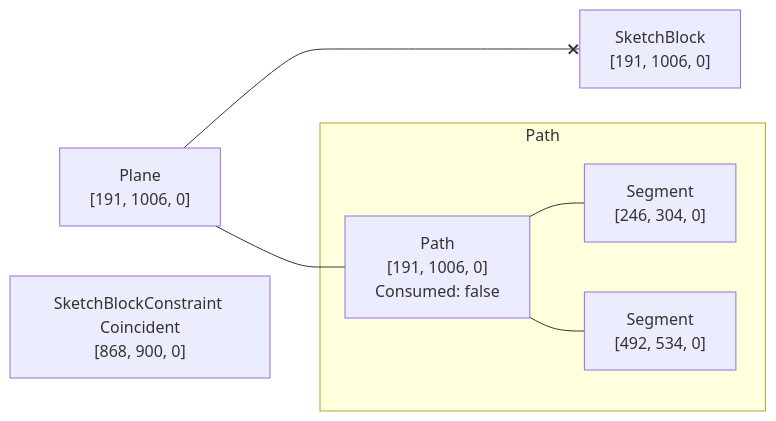
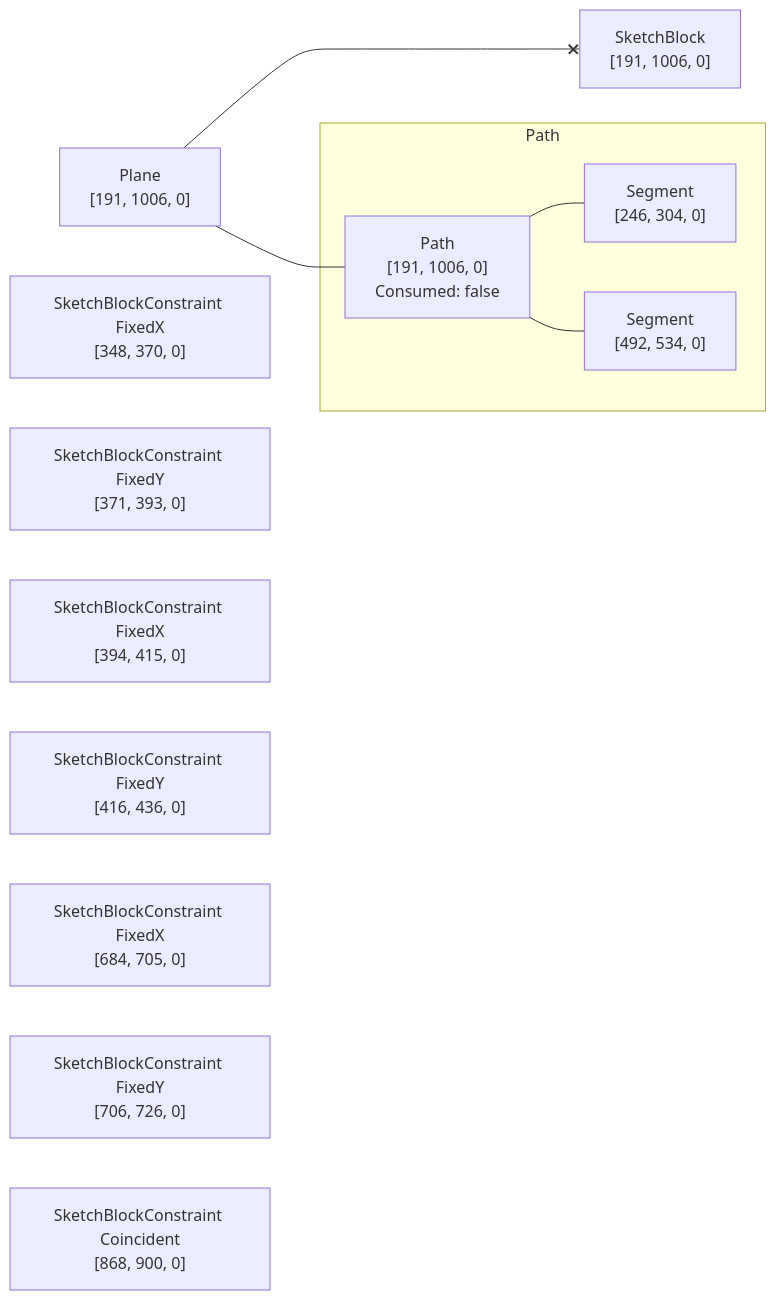
Before and after one commit to KittyCAD/modeling-app: the diagram in rust/kcl-lib/tests/sketch_block_coincident_constraint/artifact_graph_flowchart.snap.md, drawn with Mermaid. The commit also changed 25 other files, not shown here.

````diff
--- a/rust/kcl-lib/tests/sketch_block_coincident_constraint/artifact_graph_flowchart.snap.md
+++ b/rust/kcl-lib/tests/sketch_block_coincident_constraint/artifact_graph_flowchart.snap.md
@@ -1,21 +1,33 @@
 ```mermaid
 flowchart LR
   subgraph path2 [Path]
     2["Path<br>[191, 1006, 0]<br>Consumed: false"]
       %% [ProgramBodyItem { index: 0 }, VariableDeclarationDeclaration, VariableDeclarationInit, SketchBlock]
     3["Segment<br>[246, 304, 0]"]
       %% [ProgramBodyItem { index: 0 }, VariableDeclarationDeclaration, VariableDeclarationInit, SketchBlock]
     4["Segment<br>[492, 534, 0]"]
       %% [ProgramBodyItem { index: 0 }, VariableDeclarationDeclaration, VariableDeclarationInit, SketchBlock]
   end
   1["Plane<br>[191, 1006, 0]"]
     %% [ProgramBodyItem { index: 0 }, VariableDeclarationDeclaration, VariableDeclarationInit, SketchBlock]
   5["SketchBlock<br>[191, 1006, 0]"]
     %% [ProgramBodyItem { index: 0 }, VariableDeclarationDeclaration, VariableDeclarationInit, SketchBlock]
-  6["SketchBlockConstraint Coincident<br>[868, 900, 0]"]
+  6["SketchBlockConstraint FixedX<br>[348, 370, 0]"]
+    %% [ProgramBodyItem { index: 0 }, VariableDeclarationDeclaration, VariableDeclarationInit, SketchBlock]
+  7["SketchBlockConstraint FixedY<br>[371, 393, 0]"]
+    %% [ProgramBodyItem { index: 0 }, VariableDeclarationDeclaration, VariableDeclarationInit, SketchBlock]
+  8["SketchBlockConstraint FixedX<br>[394, 415, 0]"]
+    %% [ProgramBodyItem { index: 0 }, VariableDeclarationDeclaration, VariableDeclarationInit, SketchBlock]
+  9["SketchBlockConstraint FixedY<br>[416, 436, 0]"]
+    %% [ProgramBodyItem { index: 0 }, VariableDeclarationDeclaration, VariableDeclarationInit, SketchBlock]
+  10["SketchBlockConstraint FixedX<br>[684, 705, 0]"]
+    %% [ProgramBodyItem { index: 0 }, VariableDeclarationDeclaration, VariableDeclarationInit, SketchBlock]
+  11["SketchBlockConstraint FixedY<br>[706, 726, 0]"]
+    %% [ProgramBodyItem { index: 0 }, VariableDeclarationDeclaration, VariableDeclarationInit, SketchBlock]
+  12["SketchBlockConstraint Coincident<br>[868, 900, 0]"]
     %% [ProgramBodyItem { index: 0 }, VariableDeclarationDeclaration, VariableDeclarationInit, SketchBlock]
   1 --- 2
   1 <--x 5
   2 --- 3
   2 --- 4
 ```
````
